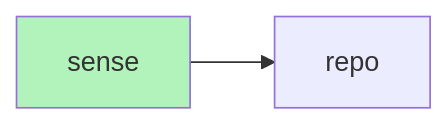
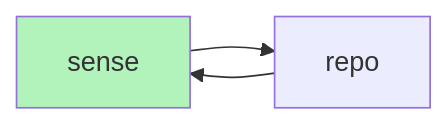
Before and after one commit to engramic/engramic: the diagram in docs/howto/how_to_load_a_repo.md, drawn with Mermaid. The commit also changed other lines of this file and 29 other files, not shown here.

````diff
--- a/docs/howto/how_to_load_a_repo.md
+++ b/docs/howto/how_to_load_a_repo.md
@@ -3,6 +3,8 @@
 ```mermaid
 flowchart LR
     sense --> repo
+    repo --> sense
+
     classDef green fill:#b2f2bb;
     class sense green
 ```
````
